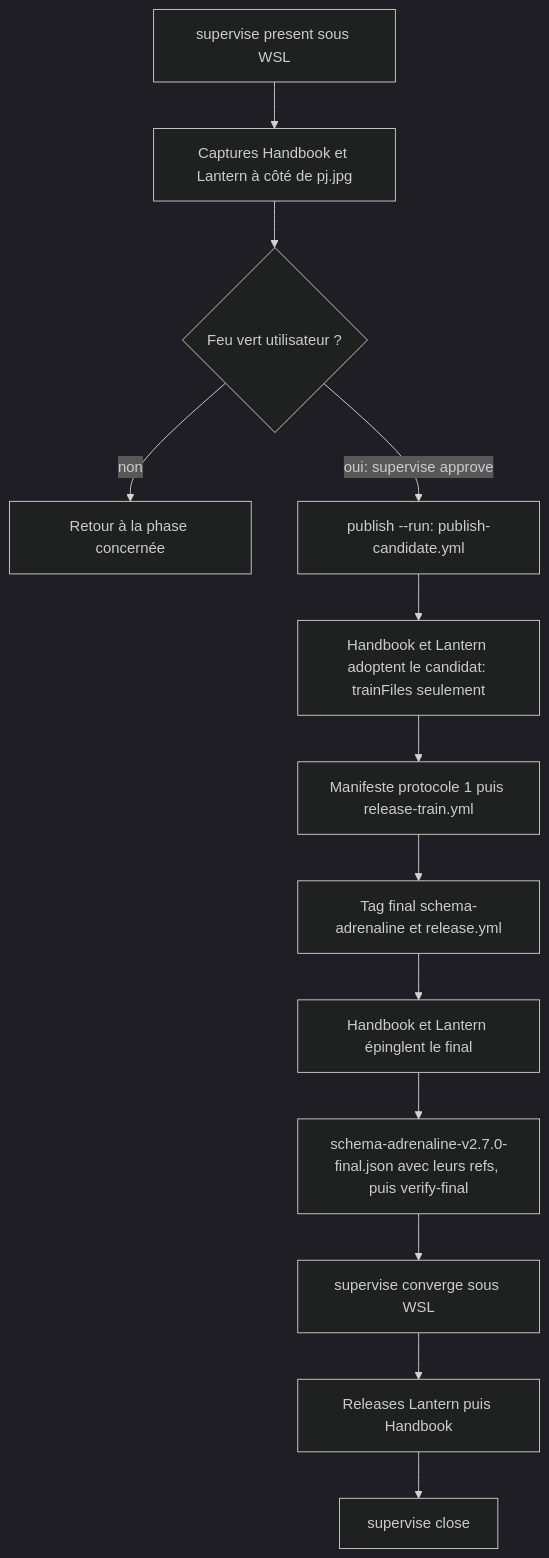
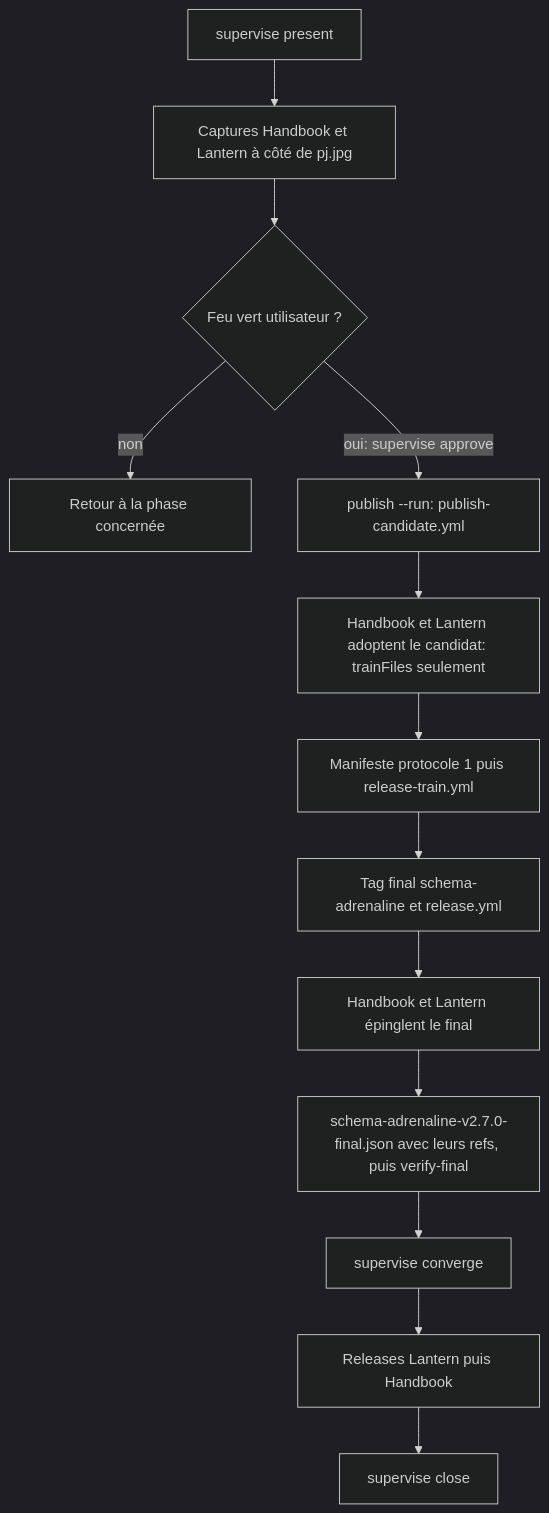
The first of 2 diagrams in aidd_docs/tasks/2026_09/2026_09_29_zombiology-pj-design/phase-5.md (RebelliousSmile/obsidian-handbook), drawn with Mermaid (dark theme) before and after one commit. The commit also changed other lines of this file and 4 other files, not shown here.

````diff
--- a/aidd_docs/tasks/2026_09/2026_09_29_zombiology-pj-design/phase-5.md
+++ b/aidd_docs/tasks/2026_09/2026_09_29_zombiology-pj-design/phase-5.md
@@ -25,15 +25,15 @@
 ```mermaid
 flowchart TD
-  A[supervise present sous WSL] --> B[Captures Handbook et Lantern à côté de pj.jpg]
+  A[supervise present] --> B[Captures Handbook et Lantern à côté de pj.jpg]
   B --> C{Feu vert utilisateur ?}
   C -->|non| D[Retour à la phase concernée]
   C -->|oui: supervise approve| E[publish --run: publish-candidate.yml]
   E --> E2[Handbook et Lantern adoptent le candidat: trainFiles seulement]
   E2 --> E3[Manifeste protocole 1 puis release-train.yml]
   E3 --> F[Tag final schema-adrenaline et release.yml]
   F --> G[Handbook et Lantern épinglent le final]
   G --> G2[schema-adrenaline-v2.7.0-final.json avec leurs refs, puis verify-final]
-  G2 --> H[supervise converge sous WSL]
+  G2 --> H[supervise converge]
   H --> I[Releases Lantern puis Handbook]
   I --> J[supervise close]
 ```
````
